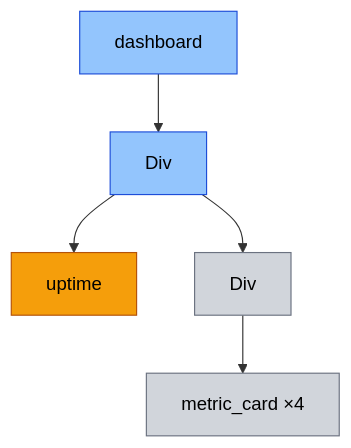
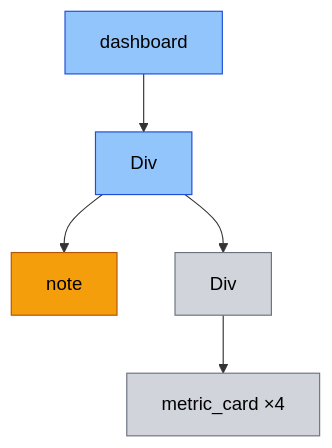
One commit to JoshKarpel/counterweight changed the second of 2 diagrams in docs/performance.md. Above: the diagram before and after it, drawn with Mermaid. The commit also changed other lines of this file and 55 other files, not shown here.

````diff
--- a/docs/performance.md
+++ b/docs/performance.md
@@ -108,11 +109,11 @@
 ```mermaid
 flowchart TB
     dashboard["dashboard"]:::through --> column["Div"]:::through
-    column --> uptime["uptime"]:::rerun
+    column --> note["note"]:::rerun
     column --> cards_row["Div"]:::reuse
     cards_row --> cards["metric_card ×4"]:::reuse
 
     classDef rerun fill:#f59e0b,stroke:#b45309,color:#000
     classDef through fill:#93c5fd,stroke:#1d4ed8,color:#000
     classDef reuse fill:#d1d5db,stroke:#6b7280,color:#000
 ```
````
